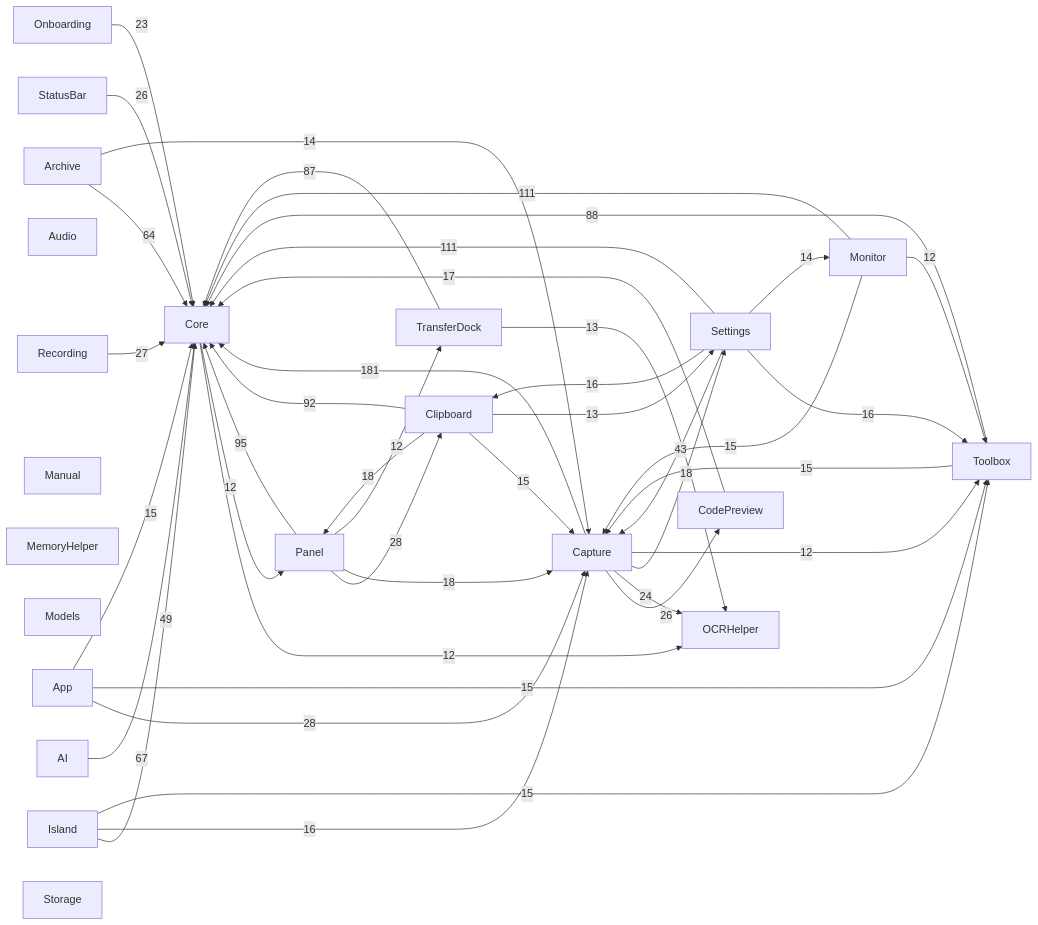
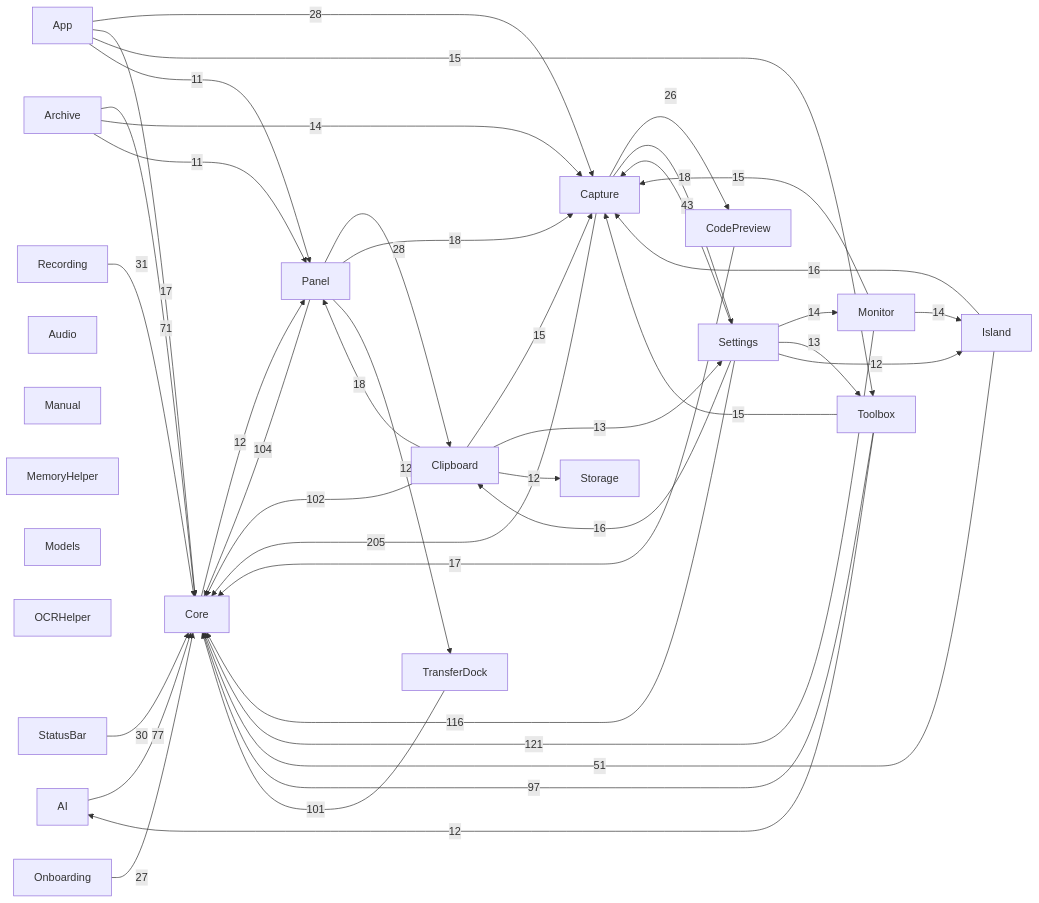
One commit to sxyq/Kitnest changed the diagram in docs/00-总览/模块依赖图.md. Above: the diagram before and after it, drawn with Mermaid. The commit also changed other lines of this file and 7 other files, not shown here.

````diff
--- a/docs/00-总览/模块依赖图.md
+++ b/docs/00-总览/模块依赖图.md
@@ -36,65 +36,65 @@
 ```mermaid
 flowchart LR
   M0["AI"]
   M1["App"]
   M2["Archive"]
   M3["Audio"]
   M4["Capture"]
   M5["Clipboard"]
   M6["CodePreview"]
   M7["Core"]
   M8["Island"]
   M9["Manual"]
   M10["MemoryHelper"]
   M11["Models"]
   M12["Monitor"]
   M13["OCRHelper"]
   M14["Onboarding"]
   M15["Panel"]
   M16["Recording"]
   M17["Settings"]
   M18["StatusBar"]
   M19["Storage"]
   M20["Toolbox"]
   M21["TransferDock"]
-  M4 -->|181| M7
-  M17 -->|111| M7
-  M12 -->|111| M7
-  M15 -->|95| M7
-  M5 -->|92| M7
-  M20 -->|88| M7
-  M21 -->|87| M7
-  M0 -->|67| M7
-  M2 -->|64| M7
-  M8 -->|49| M7
+  M4 -->|205| M7
+  M12 -->|121| M7
+  M17 -->|116| M7
+  M15 -->|104| M7
+  M5 -->|102| M7
+  M21 -->|101| M7
+  M20 -->|97| M7
+  M0 -->|77| M7
+  M2 -->|71| M7
+  M8 -->|51| M7
   M17 -->|43| M4
+  M16 -->|31| M7
+  M18 -->|30| M7
   M1 -->|28| M4
   M15 -->|28| M5
-  M16 -->|27| M7
+  M14 -->|27| M7
   M4 -->|26| M6
-  M18 -->|26| M7
-  M4 -->|24| M13
-  M14 -->|23| M7
   M4 -->|18| M17
+  M5 -->|18| M15
   M15 -->|18| M4
-  M5 -->|18| M15
+  M1 -->|17| M7
   M6 -->|17| M7
-  M17 -->|16| M20
+  M8 -->|16| M4
   M17 -->|16| M5
-  M8 -->|16| M4
   M1 -->|15| M20
-  M1 -->|15| M7
+  M5 -->|15| M4
   M12 -->|15| M4
   M20 -->|15| M4
-  M8 -->|15| M20
-  M5 -->|15| M4
+  M2 -->|14| M4
+  M12 -->|14| M8
   M17 -->|14| M12
-  M2 -->|14| M4
-  M21 -->|13| M13
   M5 -->|13| M17
-  M7 -->|12| M13
+  M17 -->|13| M20
   M7 -->|12| M15
-  M4 -->|12| M20
-  M12 -->|12| M20
+  M5 -->|12| M19
   M15 -->|12| M21
+  M17 -->|12| M8
+  M20 -->|12| M0
+  M1 -->|11| M15
+  M2 -->|11| M15
 ```
````
